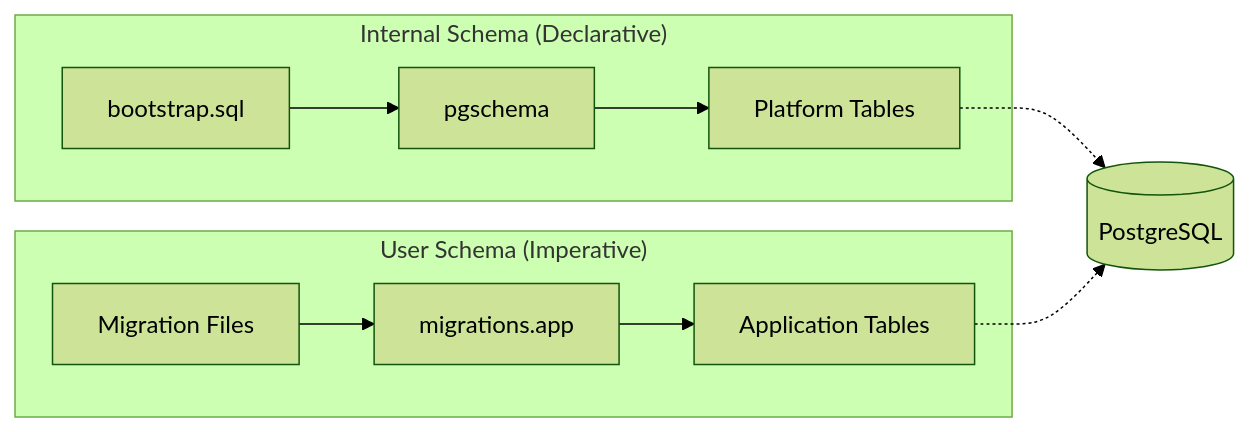
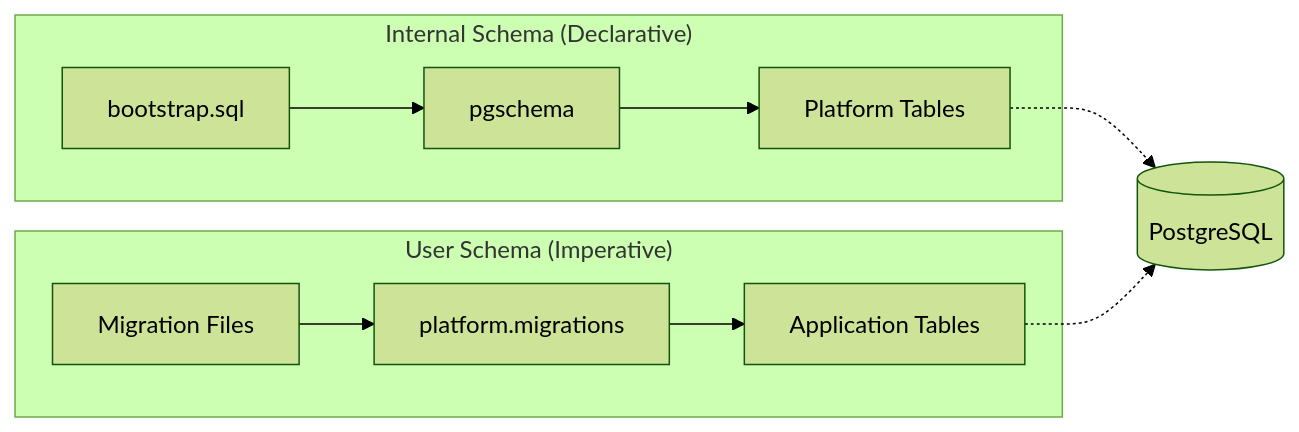
The diagram in docs/src/content/docs/guides/database-migrations.md (wayli-app/fluxbase), drawn with Mermaid (forest theme) before and after one commit. The commit also changed other lines of this file and 42 other files, not shown here.

````diff
--- a/docs/src/content/docs/guides/database-migrations.md
+++ b/docs/src/content/docs/guides/database-migrations.md
@@ -15,15 +15,15 @@
 ```mermaid
 graph LR
     subgraph "Internal Schema (Declarative)"
         B1[bootstrap.sql] --> B2[pgschema]
         B2 --> B3[Platform Tables]
     end
 
     subgraph "User Schema (Imperative)"
-        U1[Migration Files] --> U2[migrations.app]
+        U1[Migration Files] --> U2[platform.migrations]
         U2 --> U3[Application Tables]
     end
 
     B3 -.-> DB[(PostgreSQL)]
     U3 -.-> DB
 ```
````
